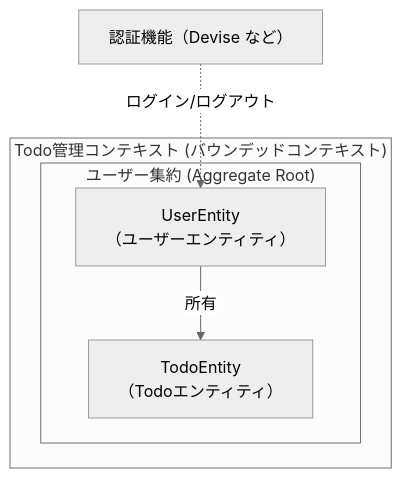
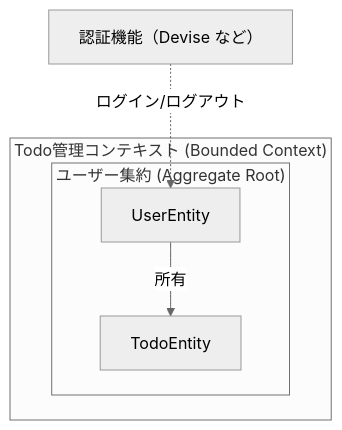
Before and after one commit to TomohiroHagino/TODO_APP_AIdriven: the diagram in README.md, drawn with Mermaid (neutral theme).

Commit message:
Update Japanese text to English in README.md

````diff
--- a/README.md
+++ b/README.md
@@ -111,18 +111,18 @@
 ```mermaid
 graph TD
   %% バウンデッドコンテキストを表すクラスタ
-  subgraph BC["Todo管理コンテキスト (バウンデッドコンテキスト)"]
+  subgraph BC["Todo管理コンテキスト (Bounded Context)"]
     %% アグリゲートを表すクラスタ
     subgraph AG["ユーザー集約 (Aggregate Root)"]
-      UserEntity["UserEntity\n（ユーザーエンティティ）"]
-      TodoEntity["TodoEntity\n（Todoエンティティ）"]
+      UserEntity["UserEntity"]
+      TodoEntity["TodoEntity"]
     end
     UserEntity -->|所有| TodoEntity
   end
 
   %% ドメインモデルの外にある認証機能
   Auth["認証機能（Devise など）"]
 
   %% 認証はドメインモデル外からUserEntityに作用することを示す点線矢印
   Auth -.->|ログイン/ログアウト| UserEntity
 ```
````
